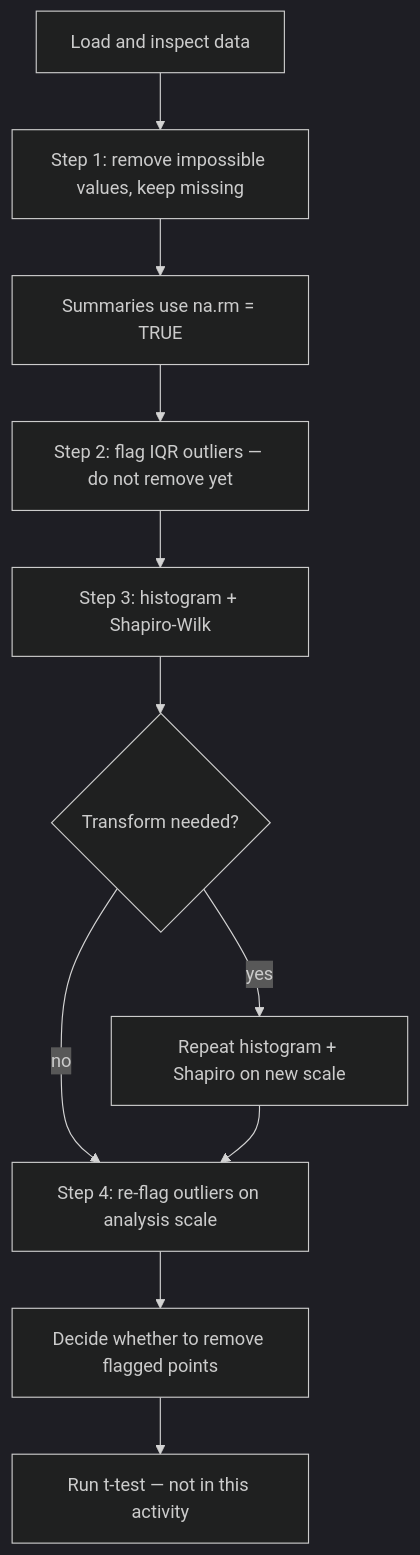
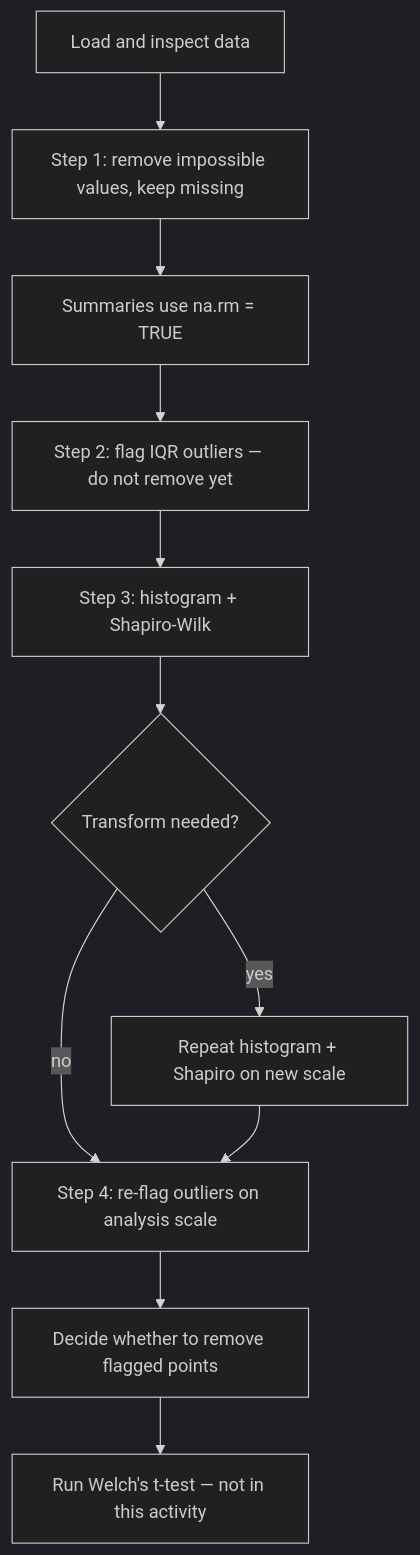
The diagram in docs/teaching/classes/bild_5-labs/coding-05-check-assumptions.qmd (keefereuther/quarto_website), drawn with Mermaid (dark theme) before and after one commit. The commit also changed other lines of this file and 1 other file, not shown here.

First line of the commit message:
Reframe Coding 5 lab for Welch's t-test.

````diff
--- a/docs/teaching/classes/bild_5-labs/coding-05-check-assumptions.qmd
+++ b/docs/teaching/classes/bild_5-labs/coding-05-check-assumptions.qmd
@@ -91,13 +91,13 @@
 ```{mermaid}
 flowchart TD
   load[Load and inspect data] --> step1["Step 1: remove impossible values, keep missing"]
   step1 --> naRm["Summaries use na.rm = TRUE"]
   naRm --> step2["Step 2: flag IQR outliers — do not remove yet"]
   step2 --> step3["Step 3: histogram + Shapiro-Wilk"]
   step3 --> transform{Transform needed?}
   transform -->|yes| recheck[Repeat histogram + Shapiro on new scale]
   transform -->|no| step4
   recheck --> step4["Step 4: re-flag outliers on analysis scale"]
   step4 --> decide[Decide whether to remove flagged points]
-  decide --> ttest[Run t-test — not in this activity]
+  decide --> ttest["Run Welch's t-test — not in this activity"]
 ```
````
